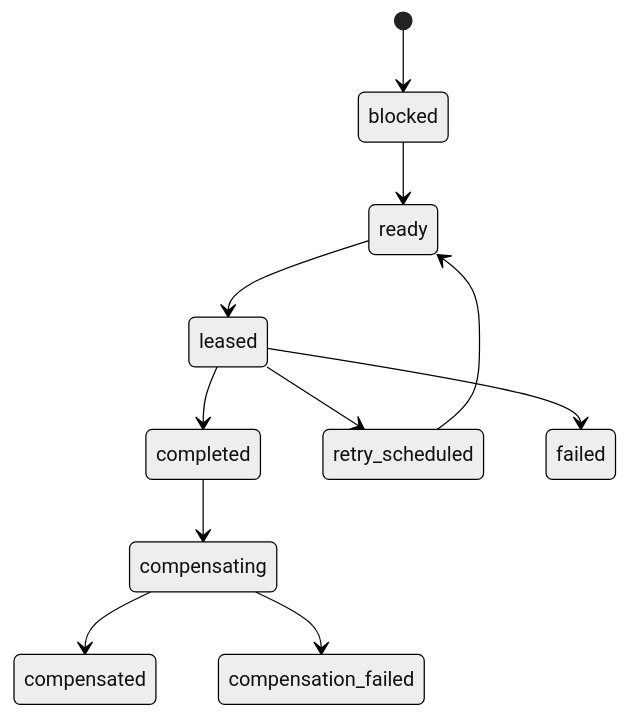
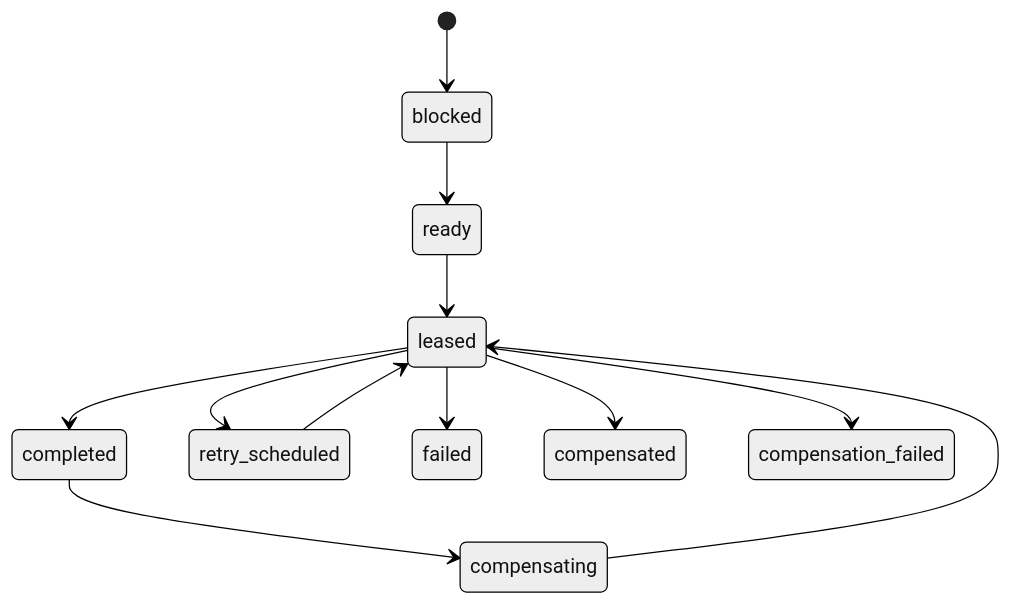
One commit to gurnoorpannu/Sentinel changed the second of 2 diagrams in docs/state-machines.md. Above: the diagram before and after it, drawn with Mermaid (neutral theme). The commit also changed other lines of this file and 7 other files, not shown here.

````diff
--- a/docs/state-machines.md
+++ b/docs/state-machines.md
@@ -37,13 +37,14 @@
 ```mermaid
 stateDiagram-v2
     [*] --> blocked
     blocked --> ready
     ready --> leased
     leased --> completed
     leased --> retry_scheduled
     leased --> failed
-    retry_scheduled --> ready
+    retry_scheduled --> leased
     completed --> compensating
-    compensating --> compensated
-    compensating --> compensation_failed
+    compensating --> leased
+    leased --> compensated
+    leased --> compensation_failed
 ```
````
